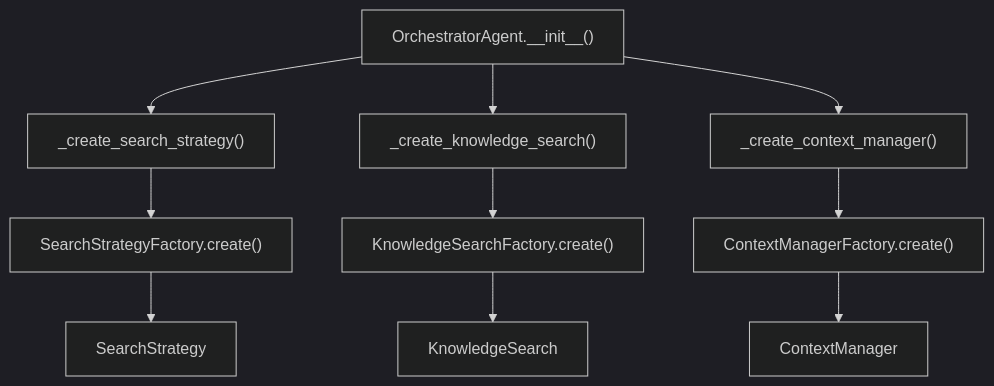
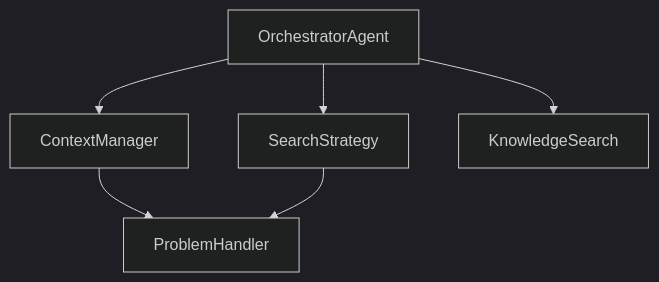
The diagram in docs/components/orchestrator.mdx (Leeroo-AI/kapso), drawn with Mermaid (dark theme) before and after one commit. The commit also changed other lines of this file and 29 other files, not shown here.

````diff
--- a/docs/components/orchestrator.mdx
+++ b/docs/components/orchestrator.mdx
@@ -39,16 +10,14 @@
 ```mermaid
 flowchart TB
-    OA["OrchestratorAgent.__init__()"]
-    
-    OA --> SS["_create_search_strategy()"]
-    OA --> KS["_create_knowledge_search()"]
-    OA --> CM["_create_context_manager()"]
-    
-    SS --> SSF["SearchStrategyFactory.create()"]
-    KS --> KSF["KnowledgeSearchFactory.create()"]
-    CM --> CMF["ContextManagerFactory.create()"]
-    
-    SSF --> STRAT["SearchStrategy"]
-    KSF --> KNOW["KnowledgeSearch"]
-    CMF --> CTX["ContextManager"]
+    ORCH["OrchestratorAgent"]
+    STRAT["SearchStrategy"]
+    CTX["ContextManager"]
+    KS["KnowledgeSearch"]
+    HAND["ProblemHandler"]
+
+    ORCH --> STRAT
+    ORCH --> CTX
+    ORCH --> KS
+    CTX --> HAND
+    STRAT --> HAND
 ```
````
